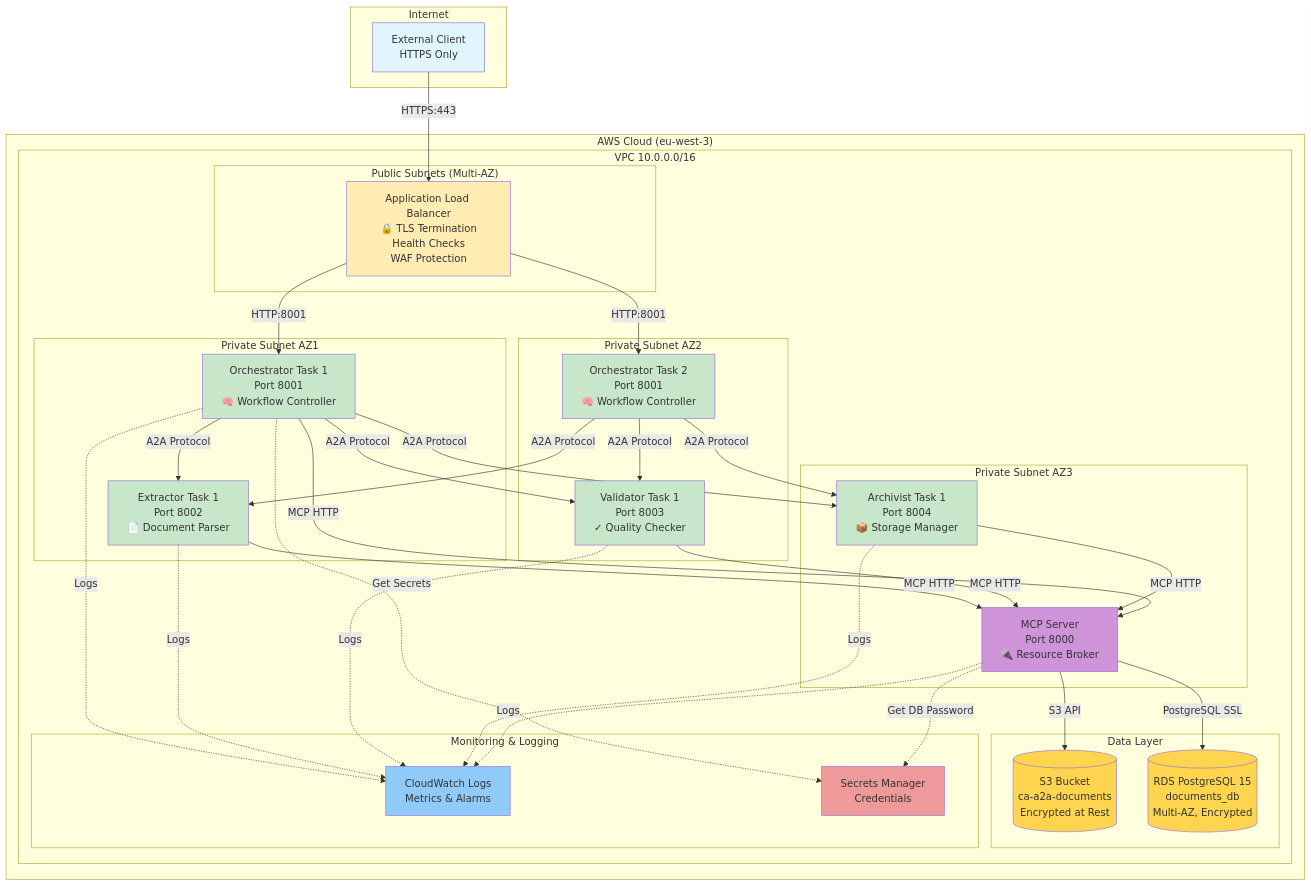
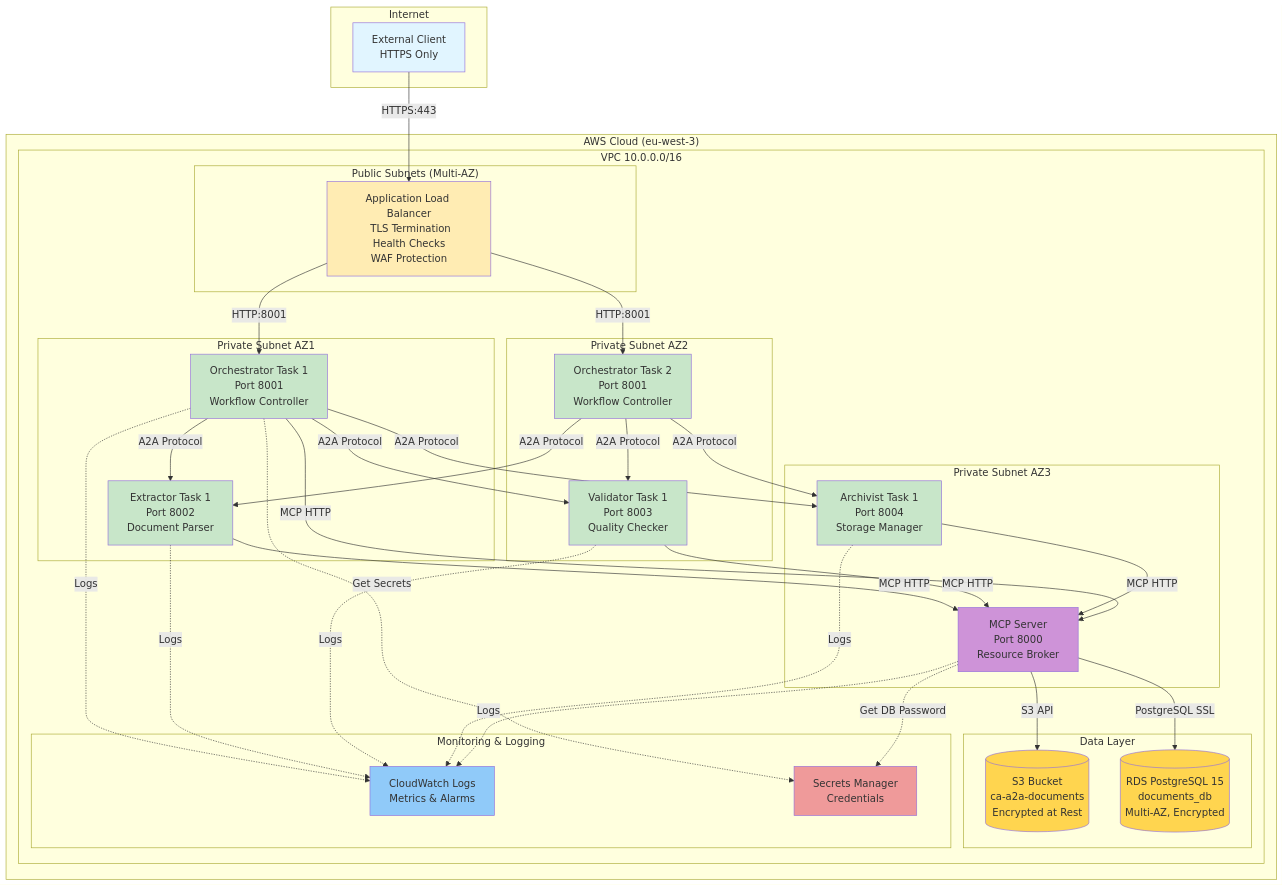
One commit to jaafar-benabderrazak/ca_a2a changed the first of 4 diagrams in COMPLETE_DEMO_GUIDE.md. Above: the diagram before and after it, drawn with Mermaid. The commit also changed other lines of this file and 19 other files, not shown here.

````diff
--- a/COMPLETE_DEMO_GUIDE.md
+++ b/COMPLETE_DEMO_GUIDE.md
@@ -90,80 +90,80 @@
 ```mermaid
 graph TB
-    subgraph Internet
-        Client[External Client<br/>HTTPS Only]
-    end
-    
-    subgraph AWS["AWS Cloud (eu-west-3)"]
-        subgraph VPC["VPC 10.0.0.0/16"]
-            subgraph PublicSubnet["Public Subnets (Multi-AZ)"]
-                ALB[Application Load Balancer<br/>🔒 TLS Termination<br/>Health Checks<br/>WAF Protection]
-            end
-            
-            subgraph PrivateSubnet1["Private Subnet AZ1"]
-                Orch1[Orchestrator Task 1<br/>Port 8001<br/>🧠 Workflow Controller]
-                Ext1[Extractor Task 1<br/>Port 8002<br/>📄 Document Parser]
-            end
-            
-            subgraph PrivateSubnet2["Private Subnet AZ2"]
-                Orch2[Orchestrator Task 2<br/>Port 8001<br/>🧠 Workflow Controller]
-                Val1[Validator Task 1<br/>Port 8003<br/>✓ Quality Checker]
-            end
-            
-            subgraph PrivateSubnet3["Private Subnet AZ3"]
-                Arch1[Archivist Task 1<br/>Port 8004<br/>📦 Storage Manager]
-                MCP1[MCP Server<br/>Port 8000<br/>🔌 Resource Broker]
-            end
-            
-            subgraph Storage["Data Layer"]
-                S3[(S3 Bucket<br/>ca-a2a-documents<br/>Encrypted at Rest)]
-                RDS[(RDS PostgreSQL 15<br/>documents_db<br/>Multi-AZ, Encrypted)]
-            end
-            
-            subgraph Observability["Monitoring & Logging"]
-                CW[CloudWatch Logs<br/>Metrics & Alarms]
-                SM[Secrets Manager<br/>Credentials]
-            end
-        end
-    end
-    
-    Client -->|HTTPS:443| ALB
-    ALB -->|HTTP:8001| Orch1
-    ALB -->|HTTP:8001| Orch2
-    
-    Orch1 -->|A2A Protocol| Ext1
-    Orch1 -->|A2A Protocol| Val1
-    Orch1 -->|A2A Protocol| Arch1
-    Orch2 -->|A2A Protocol| Ext1
-    Orch2 -->|A2A Protocol| Val1
-    Orch2 -->|A2A Protocol| Arch1
-    
-    Ext1 -->|MCP HTTP| MCP1
-    Val1 -->|MCP HTTP| MCP1
-    Arch1 -->|MCP HTTP| MCP1
-    Orch1 -->|MCP HTTP| MCP1
-    
-    MCP1 -->|S3 API| S3
-    MCP1 -->|PostgreSQL SSL| RDS
-    
-    Orch1 -.->|Logs| CW
-    Ext1 -.->|Logs| CW
-    Val1 -.->|Logs| CW
-    Arch1 -.->|Logs| CW
-    MCP1 -.->|Logs| CW
-    
-    Orch1 -.->|Get Secrets| SM
-    MCP1 -.->|Get DB Password| SM
-    
-    style Client fill:#e1f5ff
-    style ALB fill:#ffecb3
-    style Orch1 fill:#c8e6c9
-    style Orch2 fill:#c8e6c9
-    style Ext1 fill:#c8e6c9
-    style Val1 fill:#c8e6c9
-    style Arch1 fill:#c8e6c9
-    style MCP1 fill:#ce93d8
-    style S3 fill:#ffd54f
-    style RDS fill:#ffd54f
-    style CW fill:#90caf9
-    style SM fill:#ef9a9a
+ subgraph Internet
+ Client[External Client<br/>HTTPS Only]
+ end
+ 
+ subgraph AWS["AWS Cloud (eu-west-3)"]
+ subgraph VPC["VPC 10.0.0.0/16"]
+ subgraph PublicSubnet["Public Subnets (Multi-AZ)"]
+ ALB[Application Load Balancer<br/> TLS Termination<br/>Health Checks<br/>WAF Protection]
+ end
+ 
+ subgraph PrivateSubnet1["Private Subnet AZ1"]
+ Orch1[Orchestrator Task 1<br/>Port 8001<br/> Workflow Controller]
+ Ext1[Extractor Task 1<br/>Port 8002<br/> Document Parser]
+ end
+ 
+ subgraph PrivateSubnet2["Private Subnet AZ2"]
+ Orch2[Orchestrator Task 2<br/>Port 8001<br/> Workflow Controller]
+ Val1[Validator Task 1<br/>Port 8003<br/> Quality Checker]
+ end
+ 
+ subgraph PrivateSubnet3["Private Subnet AZ3"]
+ Arch1[Archivist Task 1<br/>Port 8004<br/> Storage Manager]
+ MCP1[MCP Server<br/>Port 8000<br/> Resource Broker]
+ end
+ 
+ subgraph Storage["Data Layer"]
+ S3[(S3 Bucket<br/>ca-a2a-documents<br/>Encrypted at Rest)]
+ RDS[(RDS PostgreSQL 15<br/>documents_db<br/>Multi-AZ, Encrypted)]
+ end
+ 
+ subgraph Observability["Monitoring & Logging"]
+ CW[CloudWatch Logs<br/>Metrics & Alarms]
+ SM[Secrets Manager<br/>Credentials]
+ end
+ end
+ end
+ 
+ Client -->|HTTPS:443| ALB
+ ALB -->|HTTP:8001| Orch1
+ ALB -->|HTTP:8001| Orch2
+ 
+ Orch1 -->|A2A Protocol| Ext1
+ Orch1 -->|A2A Protocol| Val1
+ Orch1 -->|A2A Protocol| Arch1
+ Orch2 -->|A2A Protocol| Ext1
+ Orch2 -->|A2A Protocol| Val1
+ Orch2 -->|A2A Protocol| Arch1
+ 
+ Ext1 -->|MCP HTTP| MCP1
+ Val1 -->|MCP HTTP| MCP1
+ Arch1 -->|MCP HTTP| MCP1
+ Orch1 -->|MCP HTTP| MCP1
+ 
+ MCP1 -->|S3 API| S3
+ MCP1 -->|PostgreSQL SSL| RDS
+ 
+ Orch1 -.->|Logs| CW
+ Ext1 -.->|Logs| CW
+ Val1 -.->|Logs| CW
+ Arch1 -.->|Logs| CW
+ MCP1 -.->|Logs| CW
+ 
+ Orch1 -.->|Get Secrets| SM
+ MCP1 -.->|Get DB Password| SM
+ 
+ style Client fill:#e1f5ff
+ style ALB fill:#ffecb3
+ style Orch1 fill:#c8e6c9
+ style Orch2 fill:#c8e6c9
+ style Ext1 fill:#c8e6c9
+ style Val1 fill:#c8e6c9
+ style Arch1 fill:#c8e6c9
+ style MCP1 fill:#ce93d8
+ style S3 fill:#ffd54f
+ style RDS fill:#ffd54f
+ style CW fill:#90caf9
+ style SM fill:#ef9a9a
 ```
````
